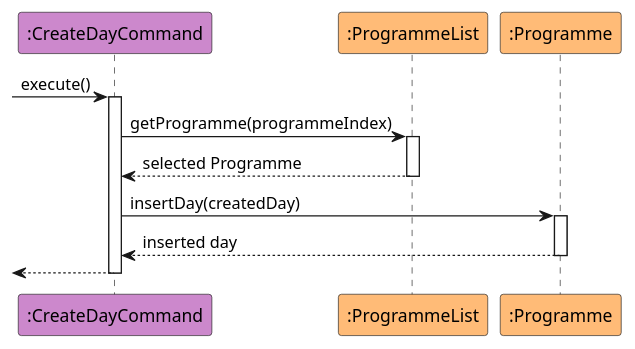
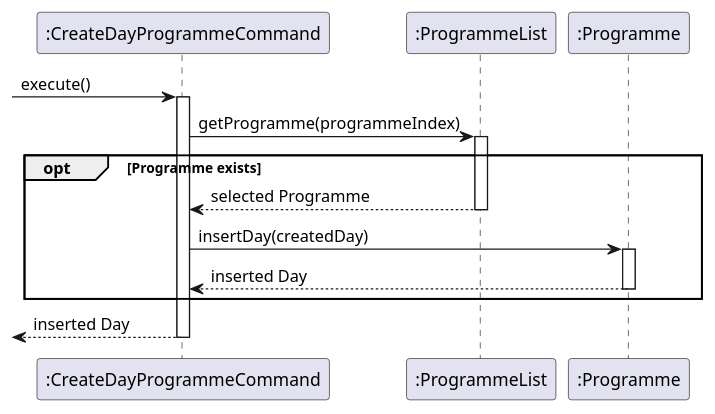
The diagram in docs/diagrams/addDayCommand.puml (nus-cs2113-AY2425S1/tp), drawn with PlantUML before and after one commit. The commit also changed 19 other files, not shown here.

```diff
--- a/docs/diagrams/addDayCommand.puml
+++ b/docs/diagrams/addDayCommand.puml
@@ -1,25 +1,25 @@
 @startuml
-participant ":CreateDayCommand" as CreateDayCommand #cc88cc
-participant ":ProgrammeList" as ProgrammeList #ffbb77
-participant ":Programme" as Programme #ffbb77
+participant ":CreateDayProgrammeCommand" as CreateDayProgrammeCommand
+participant ":ProgrammeList" as ProgrammeList
+participant ":Programme" as Programme
 
+-> CreateDayProgrammeCommand : execute()
+activate CreateDayProgrammeCommand
 
-
-
--> CreateDayCommand : execute()
-activate CreateDayCommand
-CreateDayCommand -> ProgrammeList : getProgramme(programmeIndex)
+CreateDayProgrammeCommand -> ProgrammeList : getProgramme(programmeIndex)
 activate ProgrammeList
 
-ProgrammeList --> CreateDayCommand : selected Programme
-deactivate ProgrammeList
+opt Programme exists
+    ProgrammeList --> CreateDayProgrammeCommand : selected Programme
+    deactivate ProgrammeList
 
-CreateDayCommand -> Programme : insertDay(createdDay)
-activate Programme
+    CreateDayProgrammeCommand -> Programme : insertDay(createdDay)
+    activate Programme
 
-Programme --> CreateDayCommand :  inserted day
-deactivate Programme
+    Programme --> CreateDayProgrammeCommand : inserted Day
+    deactivate Programme
+end
 
-<-- CreateDayCommand
-deactivate CreateDayCommand
+<-- CreateDayProgrammeCommand : inserted Day
+deactivate CreateDayProgrammeCommand
 @enduml
```
